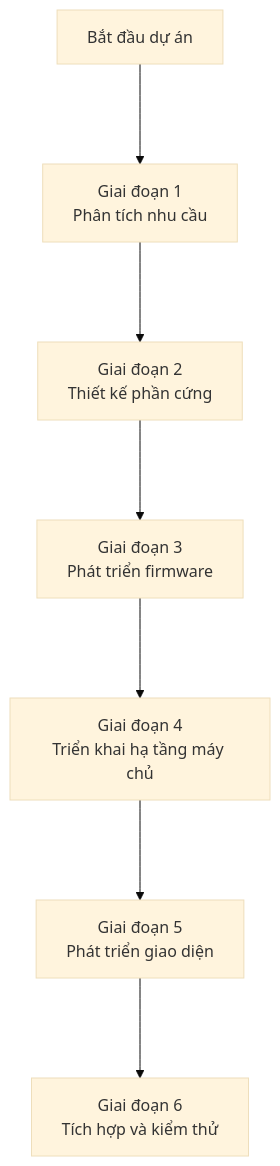
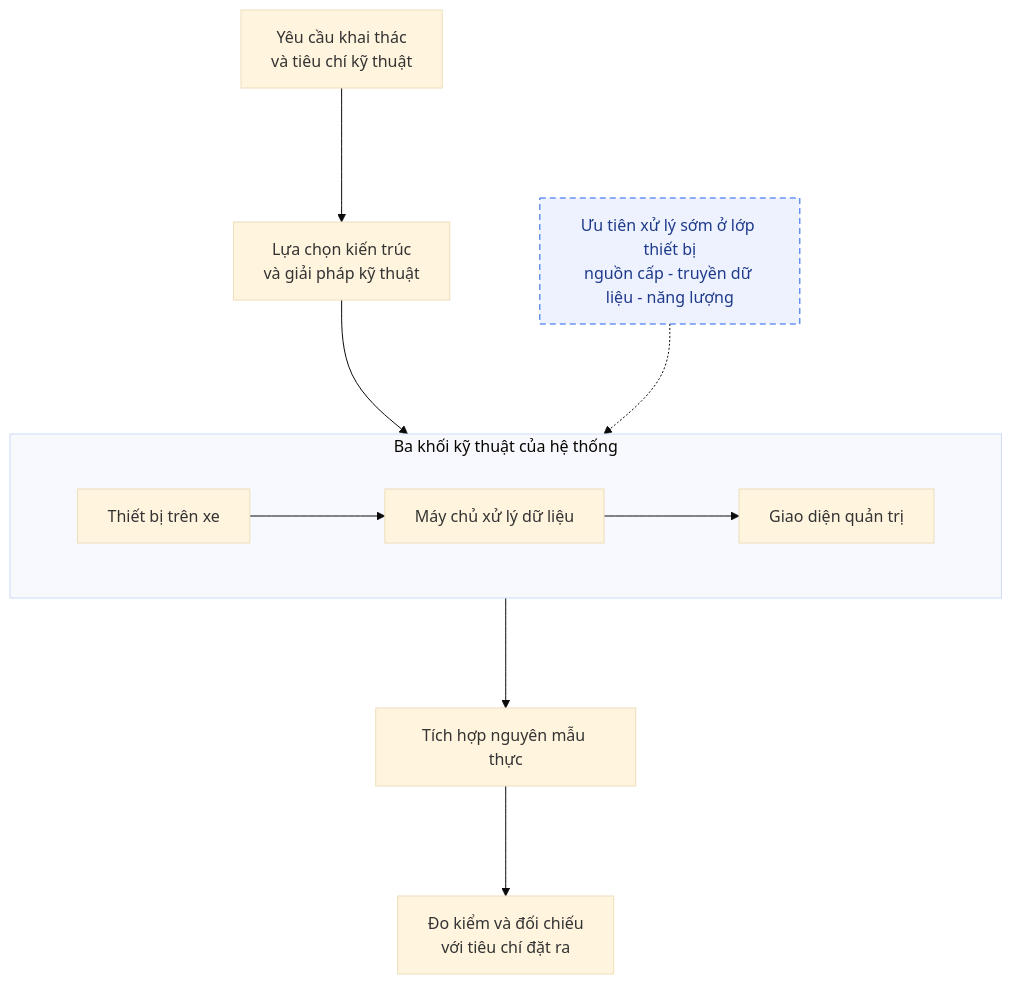
The diagram in resources/reports/thesis/final/assets/uml/01-chuong-1-gioi-thieu-hinh-1-2.mmd (anmh1205/IoT_Vehicle_Tracking_System), drawn with Mermaid (base theme) before and after one commit. The commit also changed 784 other files, not shown here.

```diff
--- a/resources/reports/thesis/final/assets/uml/01-chuong-1-gioi-thieu-hinh-1-2.mmd
+++ b/resources/reports/thesis/final/assets/uml/01-chuong-1-gioi-thieu-hinh-1-2.mmd
@@ -1,14 +1,20 @@
-%%{init: {'flowchart': {'nodeSpacing': 80, 'rankSpacing': 100}} }%%
+%%{init: {'flowchart': {'nodeSpacing': 90, 'rankSpacing': 110}} }%%
 flowchart TB
-    S["Bắt đầu dự án"] --> P1["Giai đoạn 1
-Phân tích nhu cầu"]
-    P1 --> P2["Giai đoạn 2
-Thiết kế phần cứng"]
-    P2 --> P3["Giai đoạn 3
-Phát triển firmware"]
-    P3 --> P4["Giai đoạn 4
-Triển khai hạ tầng máy chủ"]
-    P4 --> P5["Giai đoạn 5
-Phát triển giao diện"]
-    P5 --> P6["Giai đoạn 6
-Tích hợp và kiểm thử"]
+    A["Yêu cầu khai thác<br>và tiêu chí kỹ thuật"] --> B["Lựa chọn kiến trúc<br>và giải pháp kỹ thuật"]
+
+    subgraph C["Ba khối kỹ thuật của hệ thống"]
+        direction LR
+        D["Thiết bị trên xe"]
+        E["Máy chủ xử lý dữ liệu"]
+        F["Giao diện quản trị"]
+        D --> E --> F
+    end
+
+    B --> D
+    F --> G["Tích hợp nguyên mẫu thực"]
+    G --> H["Đo kiểm và đối chiếu<br>với tiêu chí đặt ra"]
+
+    I["Ưu tiên xử lý sớm ở lớp thiết bị<br>nguồn cấp - truyền dữ liệu - năng lượng"]:::note
+    I -.-> D
+
+    classDef note fill:#eef2ff,stroke:#2563eb,color:#1e3a8a,stroke-dasharray: 6 4;
```
